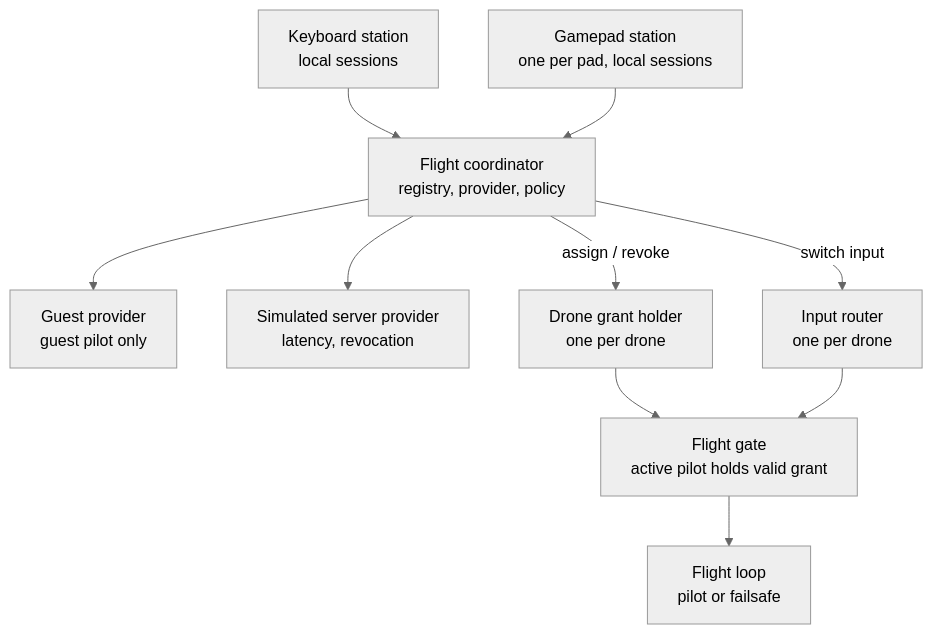
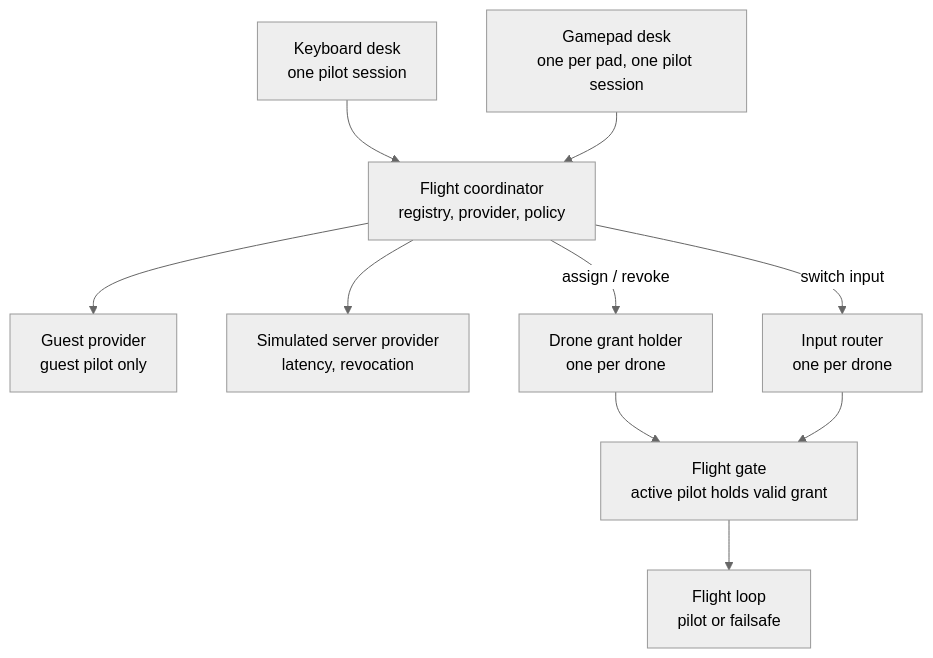
The fourth of 4 diagrams in Docs/Architecture.md (AlanKolic/DroneFlightModule), drawn with Mermaid (neutral theme) before and after one commit. The commit also changed other lines of this file and 1 other file, not shown here.

Commit message:
README and architecture doc now in line with the code

````diff
--- a/Docs/Architecture.md
+++ b/Docs/Architecture.md
@@ -217,12 +213,12 @@
 ```mermaid
 flowchart TB
-    Kb["Keyboard station<br/>local sessions"] --> Coord["Flight coordinator<br/>registry, provider, policy"]
-    Pad["Gamepad station<br/>one per pad, local sessions"] --> Coord
+    Kb["Keyboard desk<br/>one pilot session"] --> Coord["Flight coordinator<br/>registry, provider, policy"]
+    Pad["Gamepad desk<br/>one per pad, one pilot session"] --> Coord
     Coord --> Guest["Guest provider<br/>guest pilot only"]
     Coord --> SimServer["Simulated server provider<br/>latency, revocation"]
     Coord -- assign / revoke --> Holder["Drone grant holder<br/>one per drone"]
     Coord -- switch input --> Router["Input router<br/>one per drone"]
     Holder --> Gate["Flight gate<br/>active pilot holds valid grant"]
     Router --> Gate
     Gate --> Loop["Flight loop<br/>pilot or failsafe"]
 ```
````
